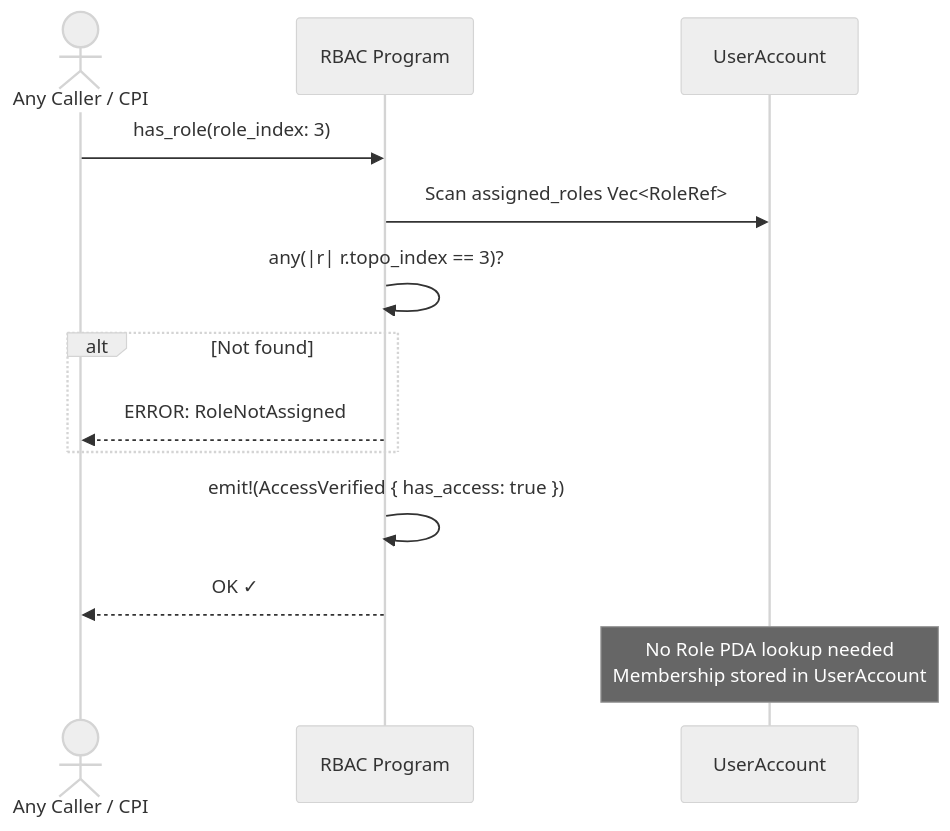
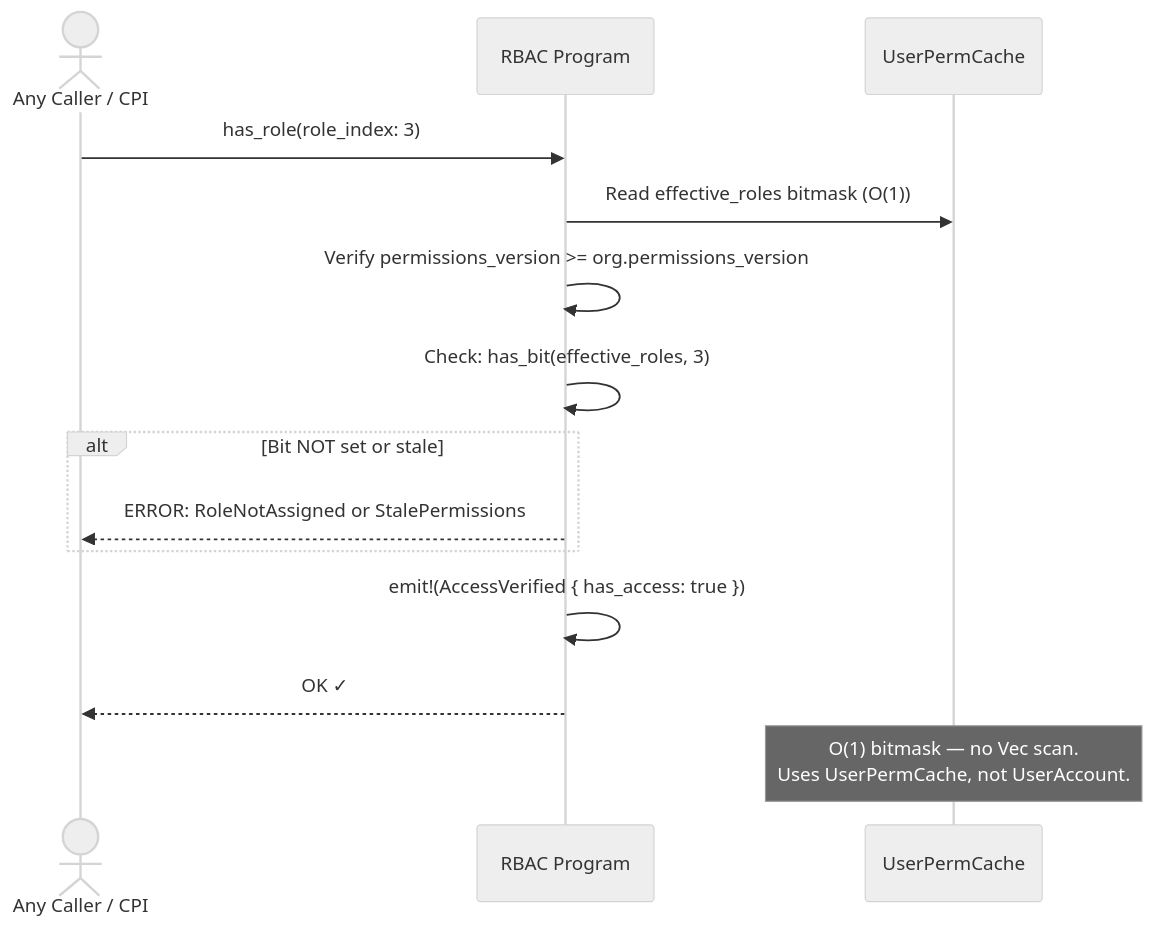
Before and after one commit to Vadimus1983/Solana-rbac: diagram 14 of 25 in docs/architecture.md, drawn with Mermaid (neutral theme). The commit also changed other lines of this file and 9 other files, not shown here.

````diff
--- a/docs/architecture.md
+++ b/docs/architecture.md
@@ -608,20 +614,21 @@
 ```mermaid
 sequenceDiagram
     actor Caller as Any Caller / CPI
     participant P as RBAC Program
-    participant UA as UserAccount
+    participant UPC as UserPermCache
 
     Caller->>P: has_role(role_index: 3)
 
-    P->>UA: Scan assigned_roles Vec<RoleRef>
-    P->>P: any(|r| r.topo_index == 3)?
+    P->>UPC: Read effective_roles bitmask (O(1))
+    P->>P: Verify permissions_version >= org.permissions_version
+    P->>P: Check: has_bit(effective_roles, 3)
 
-    alt Not found
-        P-->>Caller: ERROR: RoleNotAssigned
+    alt Bit NOT set or stale
+        P-->>Caller: ERROR: RoleNotAssigned or StalePermissions
     end
 
     P->>P: emit!(AccessVerified { has_access: true })
     P-->>Caller: OK ✓
 
-    Note over UA: No Role PDA lookup needed<br/>Membership stored in UserAccount
+    Note over UPC: O(1) bitmask — no Vec scan.<br/>Uses UserPermCache, not UserAccount.
 ```
````
